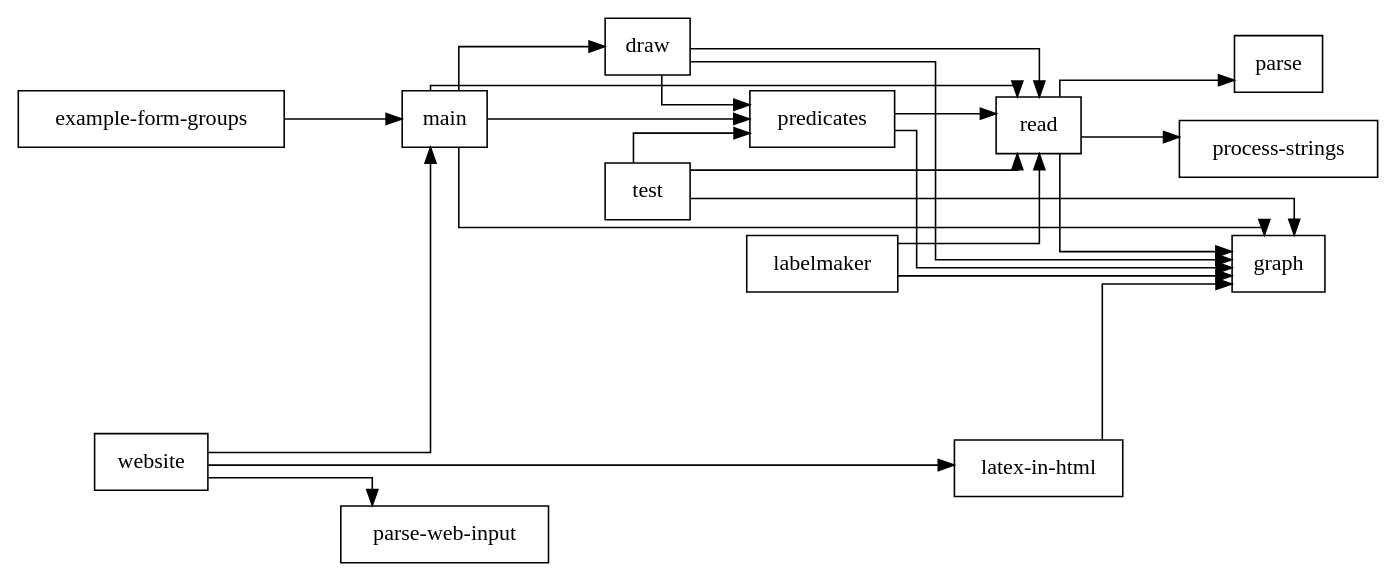
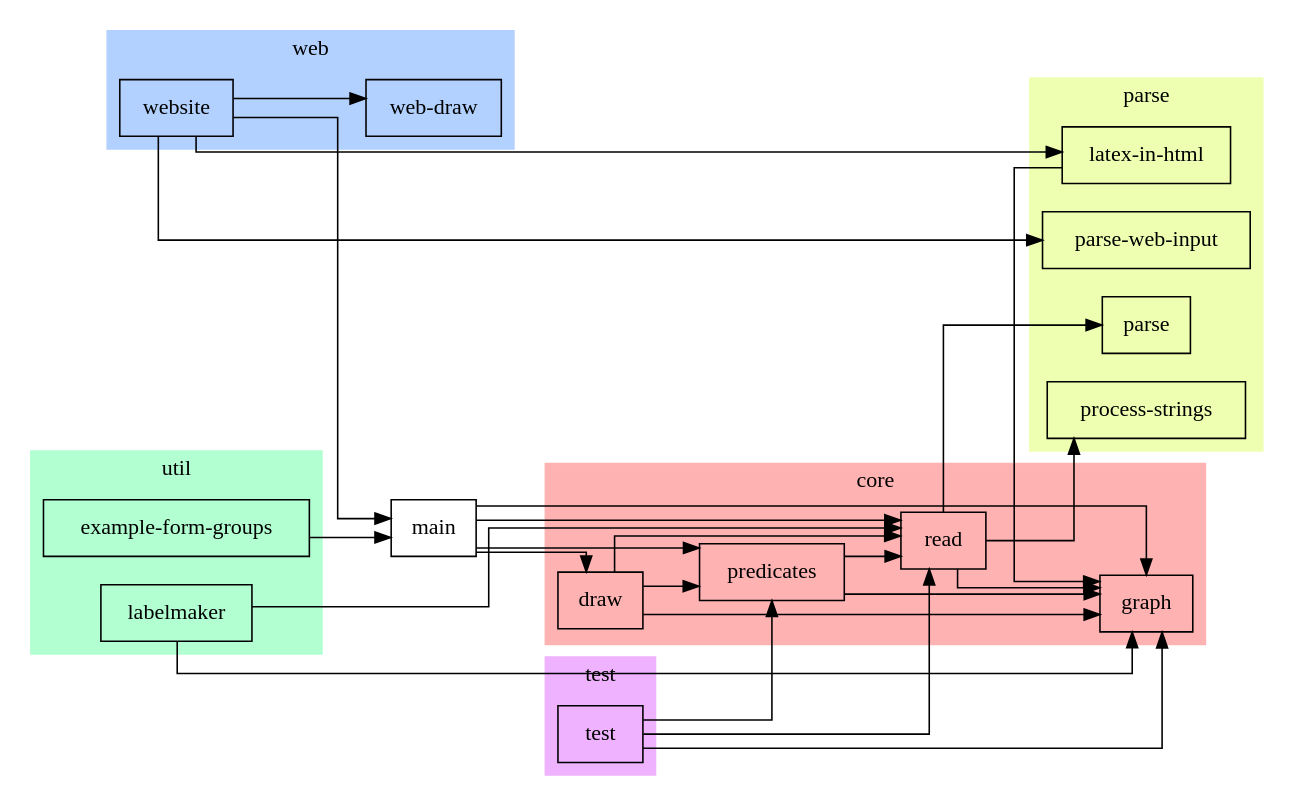
The diagram in examples/jeffrey.dot (ioannad/asd-graph), drawn with Graphviz before and after one commit. The commit also changed 3 other files, not shown here.

```diff
--- a/examples/jeffrey.dot
+++ b/examples/jeffrey.dot
@@ -1,26 +1,35 @@
 digraph jeffrey {
 splines=ortho;
 rankdir = LR;
-node [shape=box];"read" -> "graph";
-"read" -> "parse";
-"read" -> "process-strings";
-"predicates" -> "graph";
-"predicates" -> "read";
-"draw" -> "graph";
-"draw" -> "read";
-"draw" -> "predicates";
-"labelmaker" -> "graph";
-"labelmaker" -> "read";
-"main" -> "graph";
-"main" -> "read";
-"main" -> "predicates";
-"main" -> "draw";
-"latex-in-html" -> "graph";
-"website" -> "main";
-"website" -> "parse-web-input";
-"website" -> "latex-in-html";
-"example-form-groups" -> "main";
-"test" -> "graph";
-"test" -> "read";
-"test" -> "predicates";
+node [shape=box];
+
+subgraph clustercore { "read" "graph" "draw" "predicates"; label="core"; color="0.0, 0.3, 1.0"; style=filled; }
+
+subgraph clusterparse { "parse" "process-strings" "latex-in-html" "parse-web-input"; label="parse"; color="0.2, 0.3, 1.0"; style=filled; }
+
+subgraph clusterutil { "example-form-groups" "labelmaker"; label="util"; color="0.4, 0.3, 1.0"; style=filled; }
+
+subgraph clusterweb { "website" "web-draw"; label="web"; color="0.6, 0.3, 1.0"; style=filled; }
+
+subgraph clustertest { "test"; label="test"; color="0.8, 0.3, 1.0"; style=filled; }
+
+"read" -> { "graph"  "parse"  "process-strings" };
+
+"predicates" -> { "graph"  "read" };
+
+"draw" -> { "graph"  "read"  "predicates" };
+
+"labelmaker" -> { "graph"  "read" };
+
+"main" -> { "graph"  "read"  "predicates"  "draw" };
+
+"latex-in-html" -> { "graph" };
+
+"website" -> { "main"  "web-draw"  "parse-web-input"  "latex-in-html" };
+
+"example-form-groups" -> { "main" };
+
+"test" -> { "graph"  "read"  "predicates" };
+
+
 }
```
